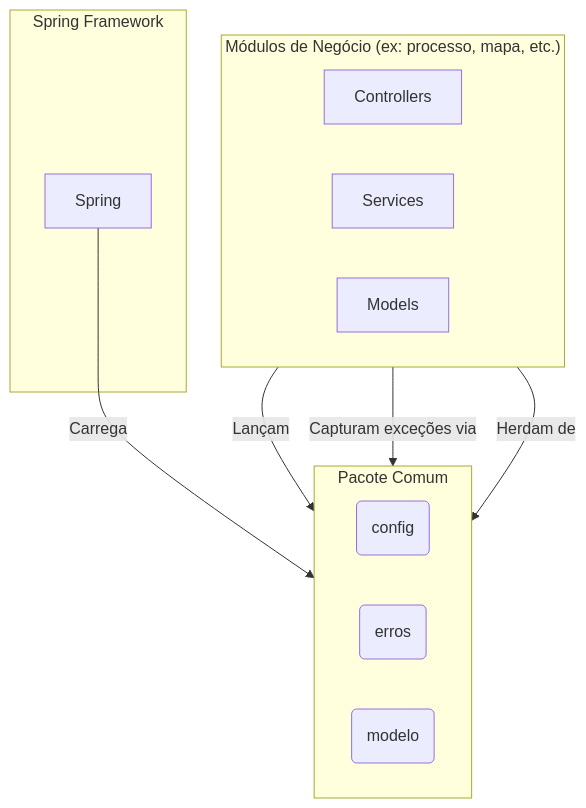
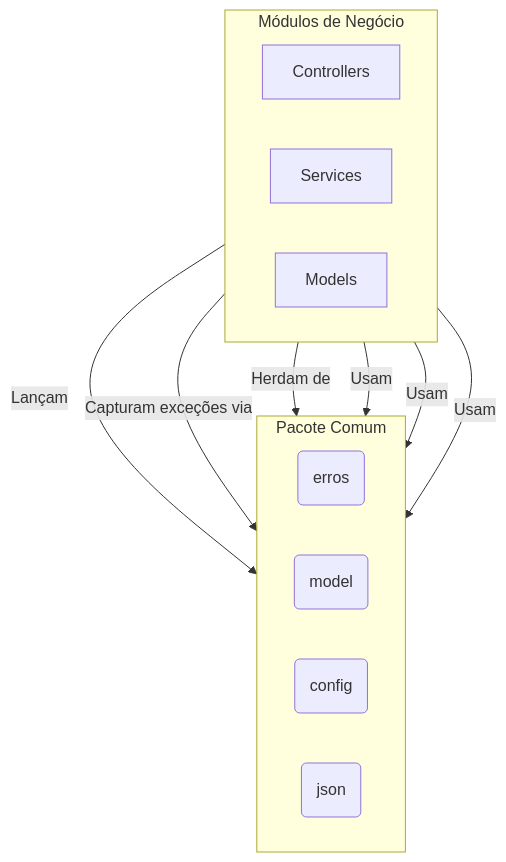
Before and after one commit to lgalvao/sgc: the diagram in backend/src/main/java/sgc/comum/README.md, drawn with Mermaid. The commit also changed other lines of this file and 893 other files, not shown here.

````diff
--- a/backend/src/main/java/sgc/comum/README.md
+++ b/backend/src/main/java/sgc/comum/README.md
@@ -11,27 +13,23 @@
 ```mermaid
 graph TD
-    subgraph "Módulos de Negócio (ex: processo, mapa, etc.)"
+    subgraph "Módulos de Negócio"
         direction LR
         Controllers
         Services
         Models
     end
 
     subgraph "Pacote Comum"
         direction LR
+        Erros(erros)
+        ModeloBase(model)
         Config(config)
-        Erros(erros)
-        ModeloBase(modelo)
+        Json(json)
     end
 
     Services -- Lançam --> Erros
     Controllers -- Capturam exceções via --> Erros
     Models -- Herdam de --> ModeloBase
-
-    subgraph "Spring Framework"
-        Spring
-    end
-
-    Spring -- Carrega --> Config
-
+    Controllers & Services -- Usam --> Config
+    Models -- Usam --> Json
 ```
````
